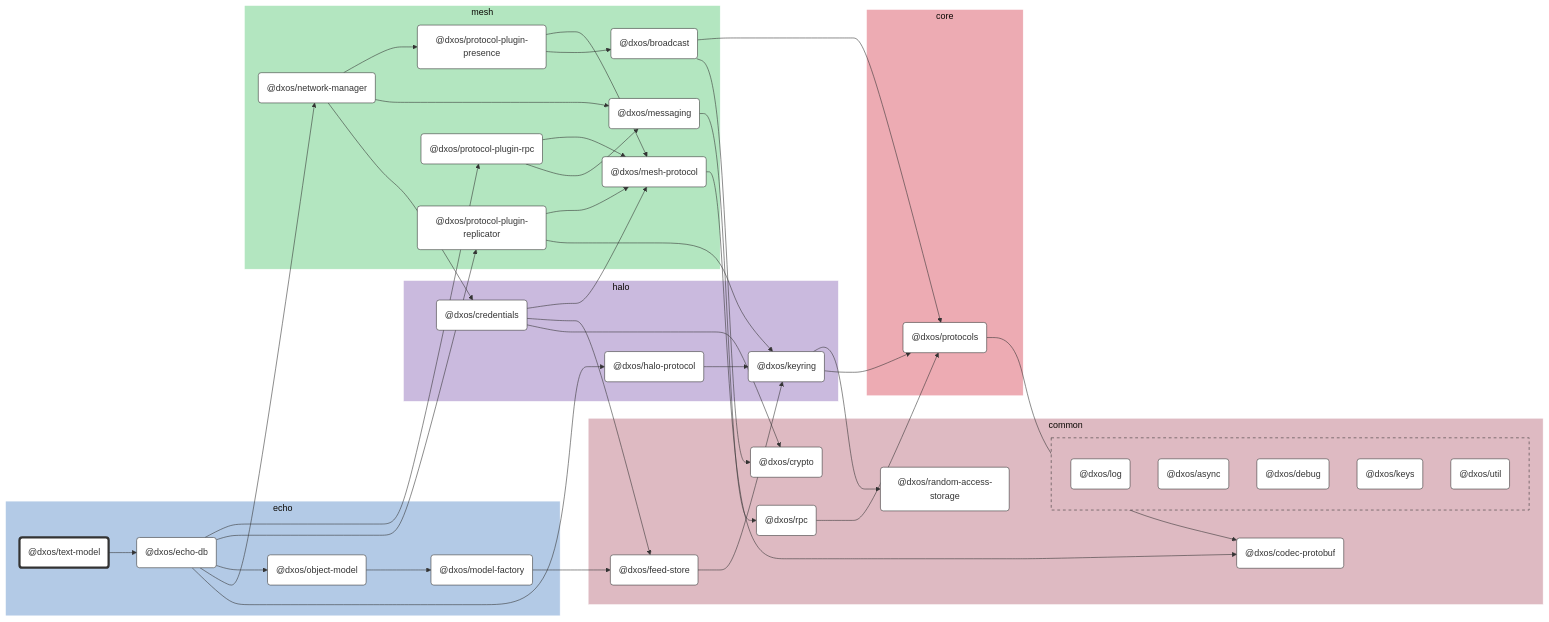
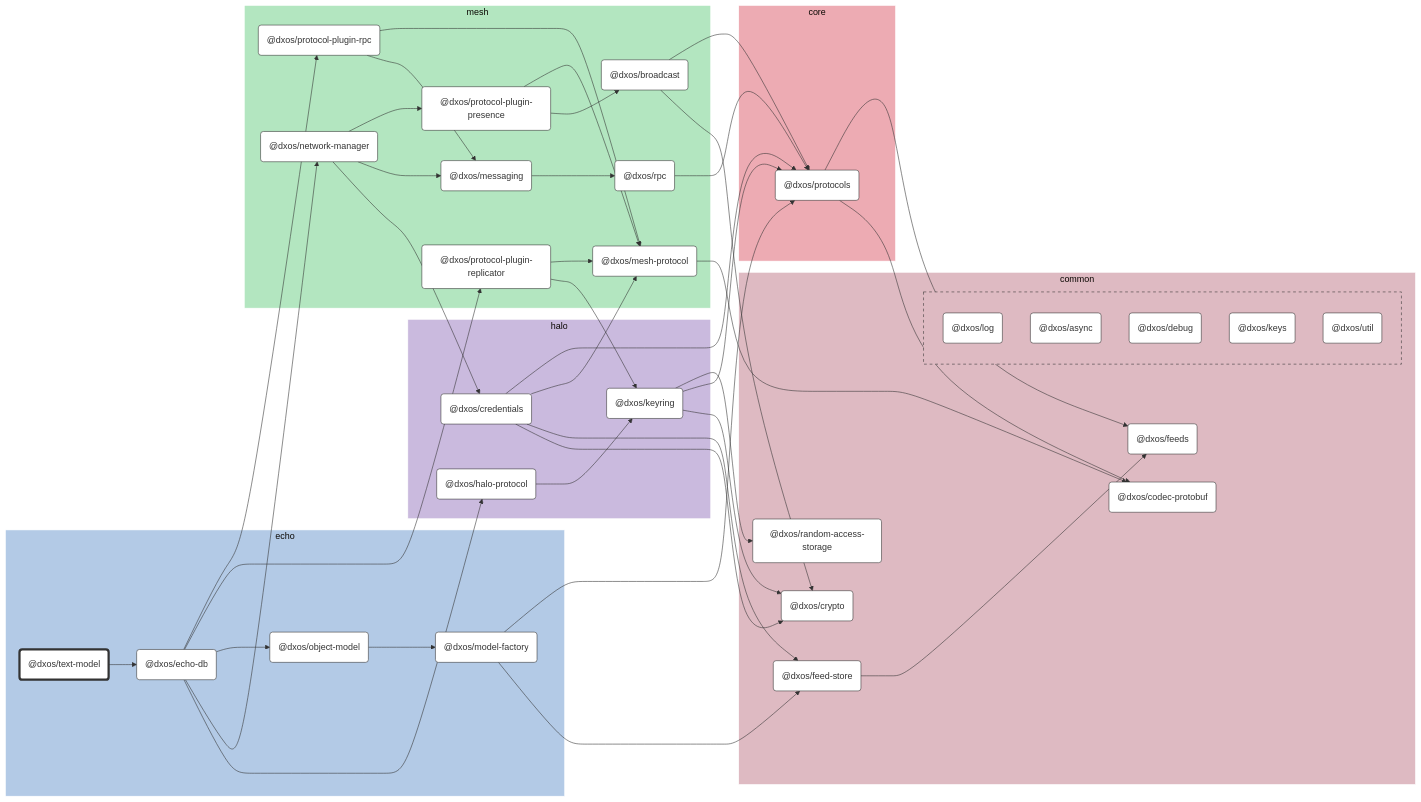
One commit to dxos/dxos changed the diagram in packages/core/echo/text-model/docs/README.md. Above: the diagram before and after it, drawn with Mermaid (base theme). The commit also changed other lines of this file and 64 other files, not shown here.

```diff
--- a/packages/core/echo/text-model/docs/README.md
+++ b/packages/core/echo/text-model/docs/README.md
@@ -35,10 +35,10 @@
   click dxos/crypto "dxos/dxos/tree/main/packages/common/crypto/docs"
   dxos/feed-store("@dxos/feed-store"):::def
   click dxos/feed-store "dxos/dxos/tree/main/packages/common/feed-store/docs"
+  dxos/feeds("@dxos/feeds"):::def
+  click dxos/feeds "dxos/dxos/tree/main/packages/common/feeds/docs"
   dxos/random-access-storage("@dxos/random-access-storage"):::def
   click dxos/random-access-storage "dxos/dxos/tree/main/packages/common/random-access-storage/docs"
-  dxos/rpc("@dxos/rpc"):::def
-  click dxos/rpc "dxos/dxos/tree/main/packages/core/mesh/rpc/docs"
 
   subgraph common-excluded [ ]
     style common-excluded fill:#debac2,stroke:#333,stroke-dasharray:5 5
@@ -59,16 +59,10 @@
   style halo fill:#cabade,stroke:#fff
   dxos/credentials("@dxos/credentials"):::def
   click dxos/credentials "dxos/dxos/tree/main/packages/core/halo/credentials/docs"
+  dxos/halo-protocol("@dxos/halo-protocol"):::def
+  click dxos/halo-protocol "dxos/dxos/tree/main/packages/core/halo/halo-protocol/docs"
   dxos/keyring("@dxos/keyring"):::def
   click dxos/keyring "dxos/dxos/tree/main/packages/core/halo/keyring/docs"
-  dxos/halo-protocol("@dxos/halo-protocol"):::def
-  click dxos/halo-protocol "dxos/dxos/tree/main/packages/core/halo/halo-protocol/docs"
-end
-
-subgraph core [core]
-  style core fill:#edabb3,stroke:#fff
-  dxos/protocols("@dxos/protocols"):::def
-  click dxos/protocols "dxos/dxos/tree/main/packages/core/protocols/docs"
 end
 
 subgraph mesh [mesh]
@@ -77,6 +71,8 @@
   click dxos/mesh-protocol "dxos/dxos/tree/main/packages/core/mesh/mesh-protocol/docs"
   dxos/messaging("@dxos/messaging"):::def
   click dxos/messaging "dxos/dxos/tree/main/packages/core/mesh/messaging/docs"
+  dxos/rpc("@dxos/rpc"):::def
+  click dxos/rpc "dxos/dxos/tree/main/packages/core/mesh/rpc/docs"
   dxos/network-manager("@dxos/network-manager"):::def
   click dxos/network-manager "dxos/dxos/tree/main/packages/core/mesh/network-manager/docs"
   dxos/protocol-plugin-presence("@dxos/protocol-plugin-presence"):::def
@@ -89,22 +85,32 @@
   click dxos/protocol-plugin-rpc "dxos/dxos/tree/main/packages/core/mesh/protocol-plugin-rpc/docs"
 end
 
+subgraph core [core]
+  style core fill:#edabb3,stroke:#fff
+  dxos/protocols("@dxos/protocols"):::def
+  click dxos/protocols "dxos/dxos/tree/main/packages/core/protocols/docs"
+end
+
 %% Links
 linkStyle default stroke:#333,stroke-width:1px
 dxos/text-model --> dxos/echo-db
 dxos/credentials --> dxos/crypto
 dxos/credentials --> dxos/feed-store
-dxos/feed-store --> dxos/keyring
-dxos/keyring --> dxos/protocols
-dxos/protocols --> dxos/codec-protobuf
-dxos/keyring --> dxos/random-access-storage
+dxos/feed-store --> dxos/feeds
 dxos/credentials --> dxos/mesh-protocol
 dxos/mesh-protocol --> dxos/codec-protobuf
+dxos/credentials --> dxos/protocols
+dxos/protocols --> dxos/codec-protobuf
+dxos/protocols --> dxos/feeds
 dxos/echo-db --> dxos/halo-protocol
 dxos/halo-protocol --> dxos/keyring
+dxos/keyring --> dxos/crypto
+dxos/keyring --> dxos/protocols
+dxos/keyring --> dxos/random-access-storage
 dxos/messaging --> dxos/rpc
 dxos/rpc --> dxos/protocols
 dxos/model-factory --> dxos/feed-store
+dxos/model-factory --> dxos/protocols
 dxos/echo-db --> dxos/network-manager
 dxos/network-manager --> dxos/credentials
 dxos/network-manager --> dxos/messaging
```
